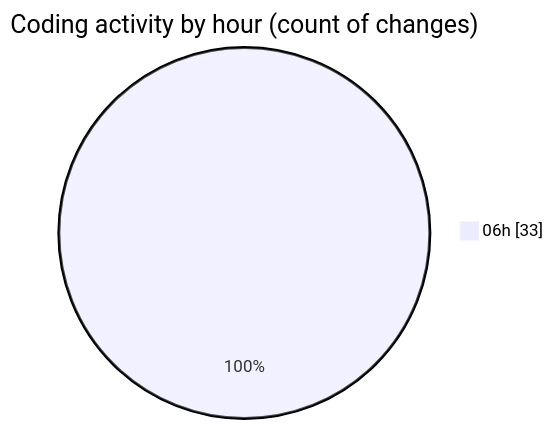
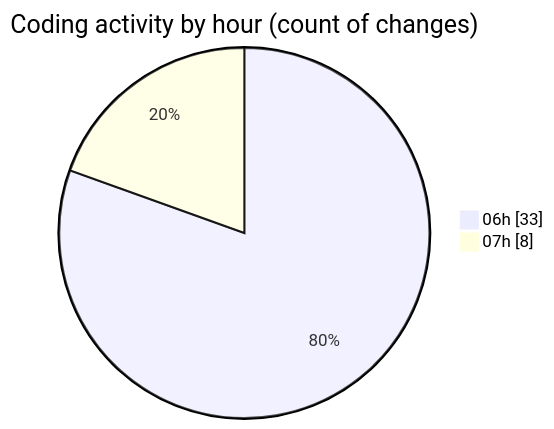
One commit to charlie-sans/code-tracking changed the second of 2 diagrams in 2025-02-21/micros/README.md. Above: the diagram before and after it, drawn with Mermaid. The commit also changed other lines of this file and 1 other file, not shown here.

````diff
--- a/2025-02-21/micros/README.md
+++ b/2025-02-21/micros/README.md
@@ -49,5 +53,6 @@
 ```mermaid
 pie showData
 title Coding activity by hour (count of changes)
 "06h" : 33
+"07h" : 8
 ```
````
